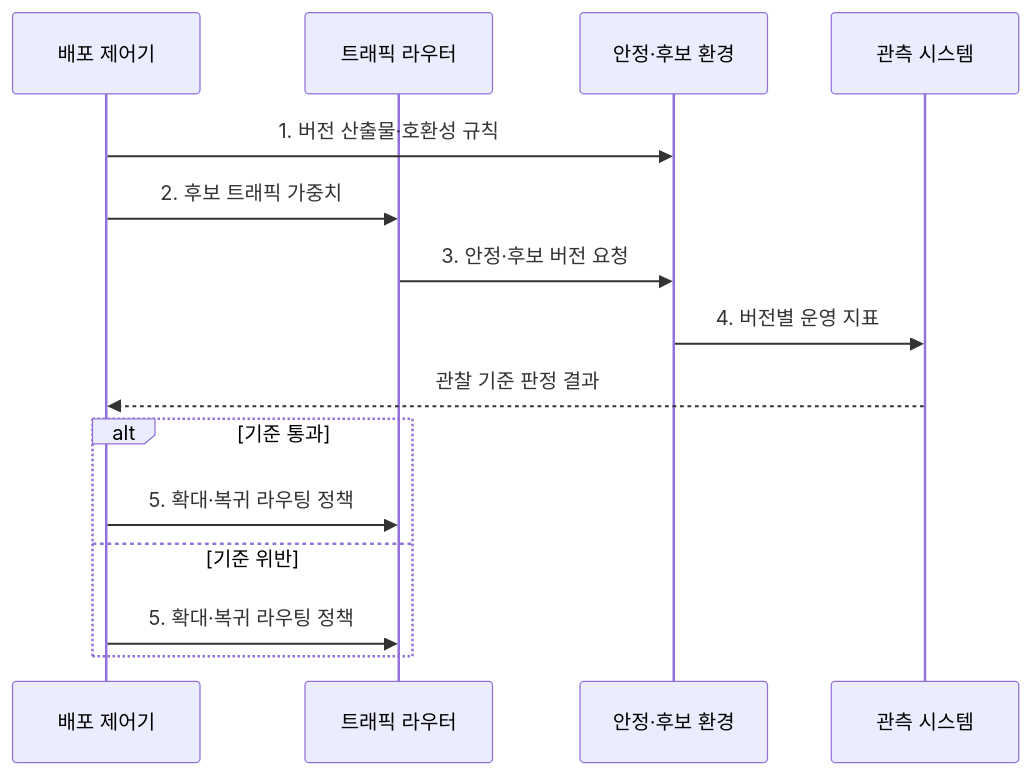
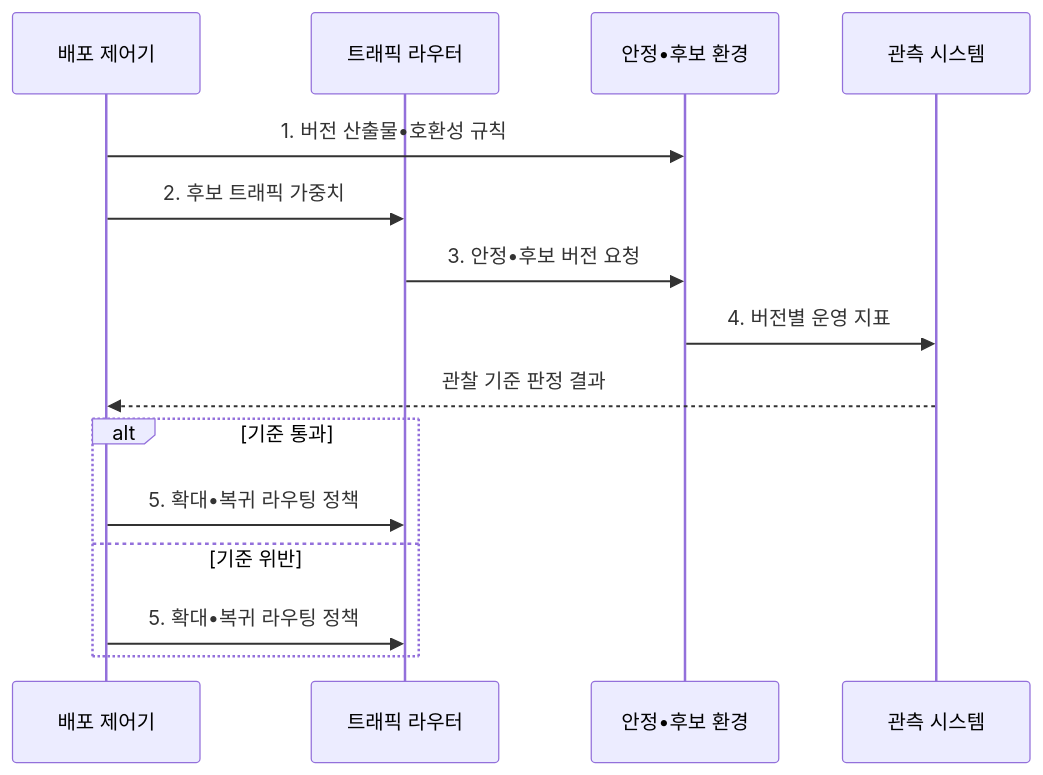
The second of 2 diagrams in src/content/docs/notes/03-software/063_canary_blue_green_deployment.md (agnusdei1207/knowledge-base), drawn with Mermaid before and after one commit. The commit also changed other lines of this file and 953 other files, not shown here.

````diff
--- a/src/content/docs/notes/03-software/063_canary_blue_green_deployment.md
+++ b/src/content/docs/notes/03-software/063_canary_blue_green_deployment.md
@@ -109,17 +109,17 @@
 ```mermaid
 sequenceDiagram
     participant D as 배포 제어기
     participant R as 트래픽 라우터
-    participant V as 안정·후보 환경
+    participant V as 안정•후보 환경
     participant O as 관측 시스템
-    D->>V: 1. 버전 산출물·호환성 규칙
+    D->>V: 1. 버전 산출물•호환성 규칙
     D->>R: 2. 후보 트래픽 가중치
-    R->>V: 3. 안정·후보 버전 요청
+    R->>V: 3. 안정•후보 버전 요청
     V->>O: 4. 버전별 운영 지표
     O-->>D: 관찰 기준 판정 결과
     alt 기준 통과
-        D->>R: 5. 확대·복귀 라우팅 정책
+        D->>R: 5. 확대•복귀 라우팅 정책
     else 기준 위반
-        D->>R: 5. 확대·복귀 라우팅 정책
+        D->>R: 5. 확대•복귀 라우팅 정책
     end
 ```
````
